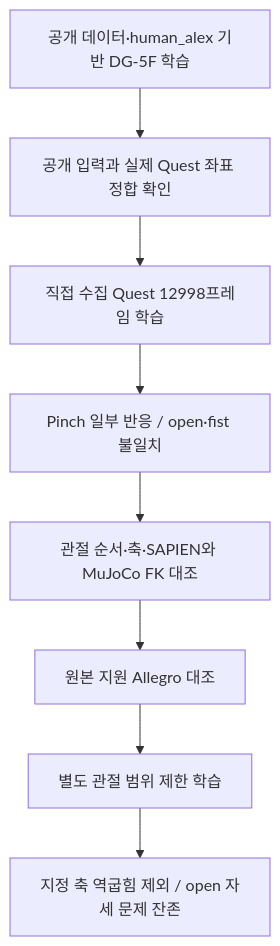
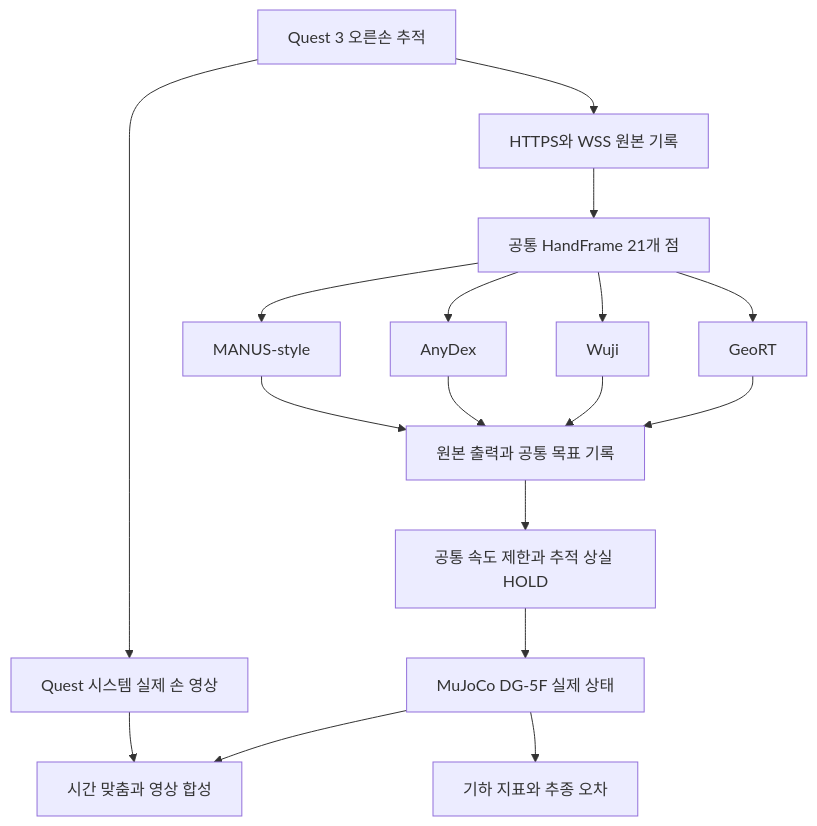
Before and after one commit to Seungtae451/hand_teleoperation: the first of 2 diagrams in README.md, drawn with Mermaid. The commit also changed other lines of this file, not shown here.

````diff
--- a/README.md
+++ b/README.md
@@ -156,10 +123,19 @@
 ```mermaid
 flowchart TD
-    A[공개 데이터·human_alex 기반 DG-5F 학습] --> B[공개 입력과 실제 Quest 좌표 정합 확인]
-    B --> C[직접 수집 Quest 12998프레임 학습]
-    C --> D[Pinch 일부 반응 / open·fist 불일치]
-    D --> E[관절 순서·축·SAPIEN와 MuJoCo FK 대조]
-    E --> F[원본 지원 Allegro 대조]
-    F --> G[별도 관절 범위 제한 학습]
-    G --> H[지정 축 역굽힘 제외 / open 자세 문제 잔존]
+ Q[Quest 3 오른손 추적] --> R[HTTPS와 WSS 원본 기록]
+ Q --> V[Quest 시스템 실제 손 영상]
+ R --> H[공통 HandFrame 21개 점]
+ H --> A[MANUS-style]
+ H --> B[AnyDex]
+ H --> C[Wuji]
+ H --> D[GeoRT]
+ A --> O[원본 출력과 공통 목표 기록]
+ B --> O
+ C --> O
+ D --> O
+ O --> S[공통 속도 제한과 추적 상실 HOLD]
+ S --> M[MuJoCo DG-5F 실제 상태]
+ V --> P[시간 맞춤과 영상 합성]
+ M --> P
+ M --> E[기하 지표와 추종 오차]
 ```
````
